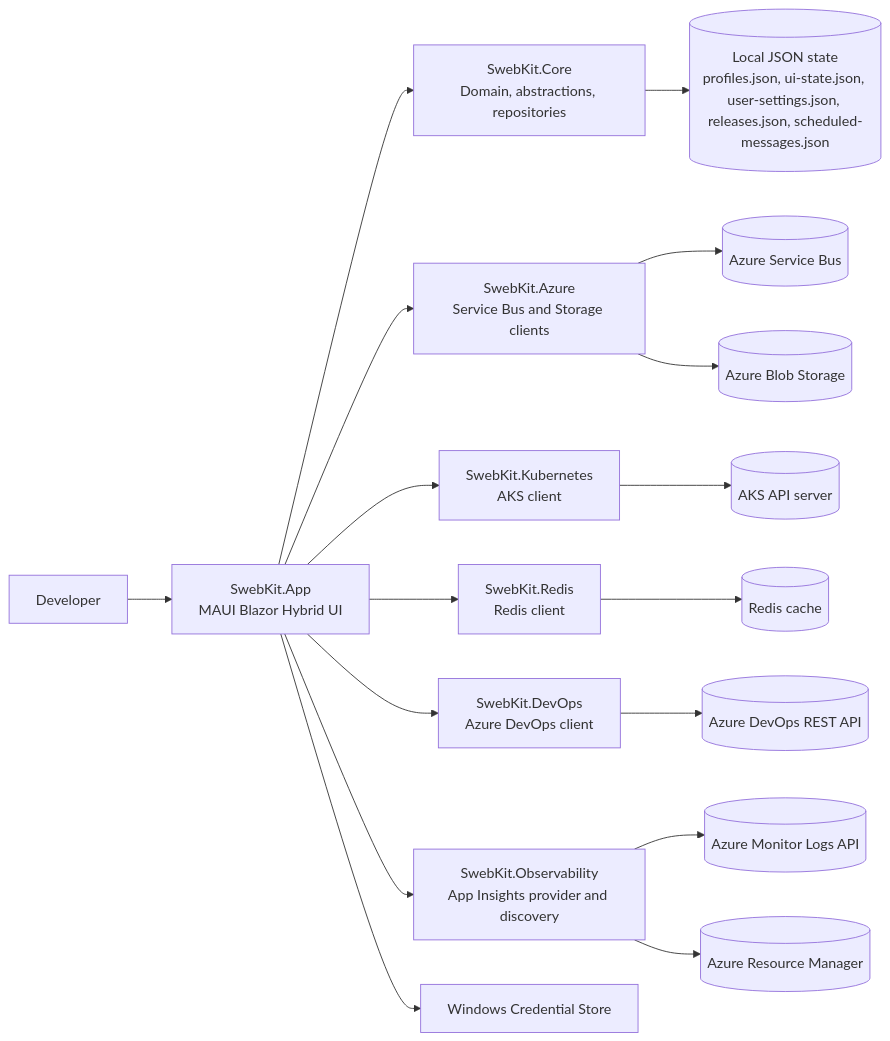
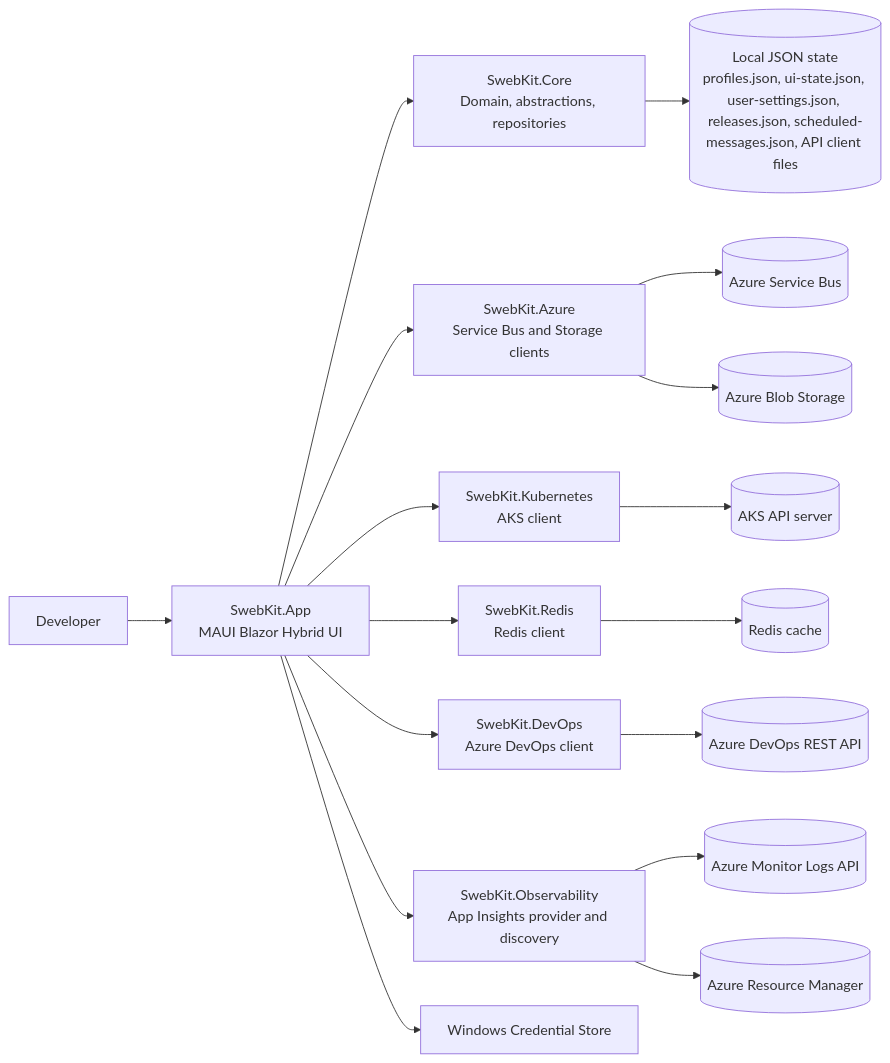
One commit to SWojtyla/SwebKit changed the diagram in docs/architecture/architecture.md. Above: the diagram before and after it, drawn with Mermaid. The commit also changed other lines of this file and 10 other files, not shown here.

First line of the commit message:
Enhance API Client Documentation and Features

````diff
--- a/docs/architecture/architecture.md
+++ b/docs/architecture/architecture.md
@@ -28,22 +29,22 @@
 ```mermaid
 flowchart LR
     User[Developer] --> App[SwebKit.App\nMAUI Blazor Hybrid UI]
 
     App --> Core[SwebKit.Core\nDomain, abstractions, repositories]
     App --> Azure[SwebKit.Azure\nService Bus and Storage clients]
     App --> K8s[SwebKit.Kubernetes\nAKS client]
     App --> Redis[SwebKit.Redis\nRedis client]
     App --> DevOps[SwebKit.DevOps\nAzure DevOps client]
     App --> Obs[SwebKit.Observability\nApp Insights provider and discovery]
     App --> Cred[Windows Credential Store]
 
-    Core --> LocalState[(Local JSON state\nprofiles.json, ui-state.json, user-settings.json, releases.json, scheduled-messages.json)]
+    Core --> LocalState[(Local JSON state\nprofiles.json, ui-state.json, user-settings.json, releases.json, scheduled-messages.json, API client files)]
 
     Azure --> SB[(Azure Service Bus)]
     Azure --> Blob[(Azure Blob Storage)]
     K8s --> AksApi[(AKS API server)]
     Redis --> RedisSvc[(Redis cache)]
     DevOps --> Ado[(Azure DevOps REST API)]
     Obs --> Monitor[(Azure Monitor Logs API)]
     Obs --> Arm[(Azure Resource Manager)]
 ```
````
